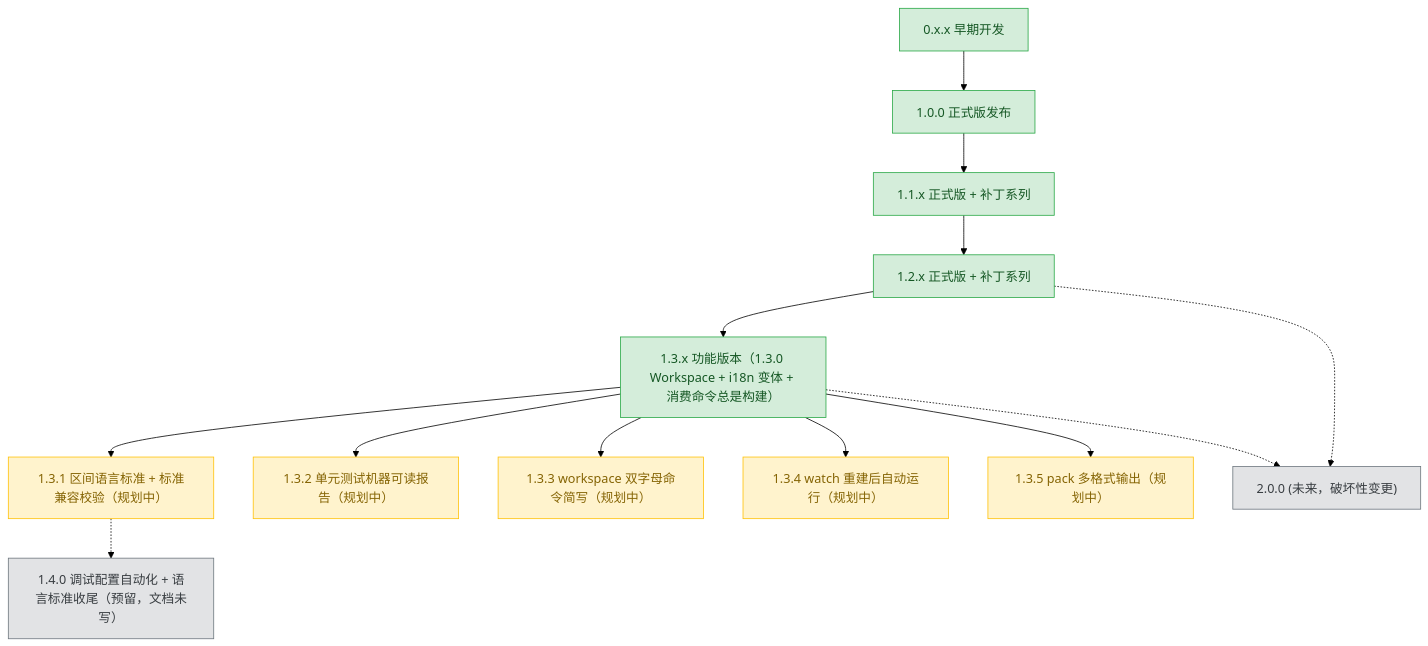
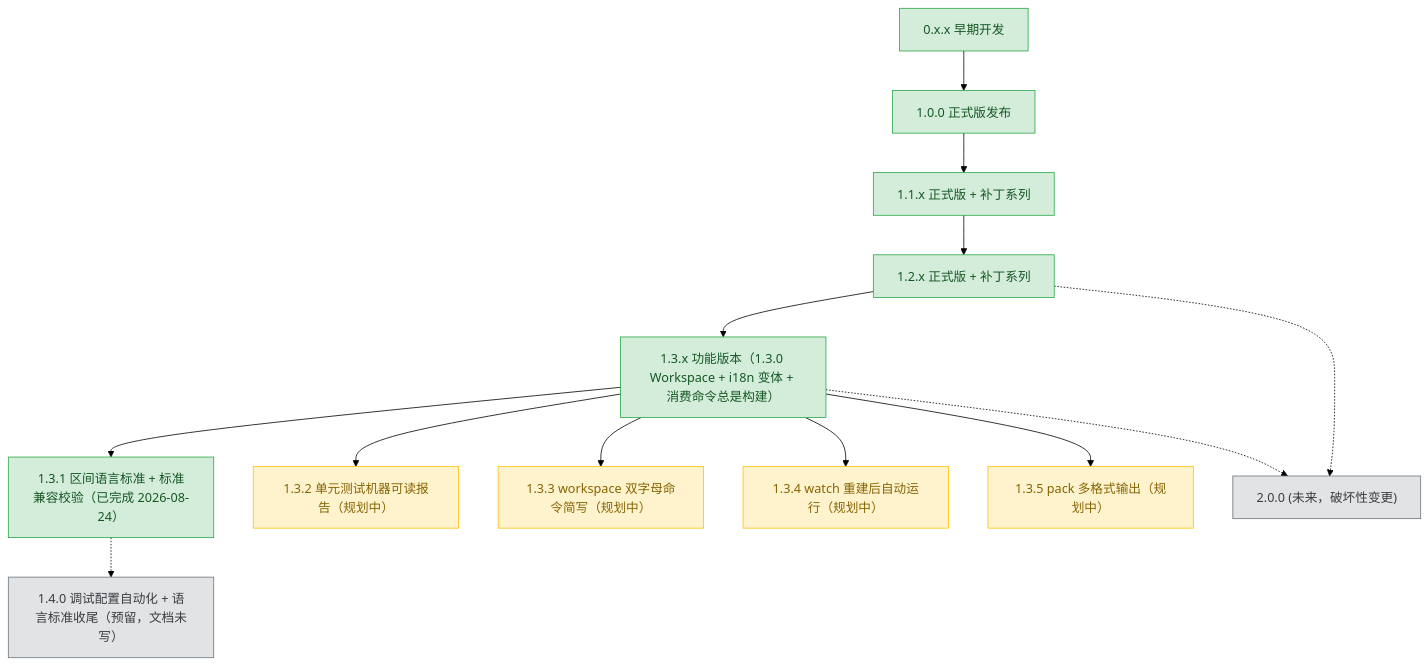
The diagram in plans/README.md (3667808244/EazyMake), drawn with Mermaid (forest theme) before and after one commit. The commit also changed other lines of this file and 2 other files, not shown here.

````diff
--- a/plans/README.md
+++ b/plans/README.md
@@ -66,44 +65,44 @@
 ```mermaid
 graph TD
     v0xx["0.x.x 早期开发"]
     v100["1.0.0 正式版发布"]
     v11x["1.1.x 正式版 + 补丁系列"]
     v12x["1.2.x 正式版 + 补丁系列"]
     v13x["1.3.x 功能版本（1.3.0 Workspace + i18n 变体 + 消费命令总是构建）"]
-    v131["1.3.1 区间语言标准 + 标准兼容校验（规划中）"]
+    v131["1.3.1 区间语言标准 + 标准兼容校验（已完成 2026-08-24）"]
     v132["1.3.2 单元测试机器可读报告（规划中）"]
     v133["1.3.3 workspace 双字母命令简写（规划中）"]
     v134["1.3.4 watch 重建后自动运行（规划中）"]
     v135["1.3.5 pack 多格式输出（规划中）"]
     v140["1.4.0 调试配置自动化 + 语言标准收尾（预留，文档未写）"]
     v200["2.0.0 (未来，破坏性变更)"]
 
     v0xx --> v100
     v100 --> v11x
     v11x --> v12x
     v12x --> v13x
     v13x --> v131
     v13x --> v132
     v13x --> v133
     v13x --> v134
     v13x --> v135
     v131 -.-> v140
     v12x -.-> v200
     v13x -.-> v200
 
     classDef done fill:#d4edda,stroke:#28a745,color:#155724;
     classDef active fill:#fff3cd,stroke:#ffc107,color:#856404;
     classDef todo fill:#e2e3e5,stroke:#6c757d,color:#383d41;
 
     class v0xx,v100 done;
     class v11x done;
     class v12x done;
     class v13x done;
-    class v131 active;
+    class v131 done;
     class v132 active;
     class v133 active;
     class v134 active;
     class v135 active;
     class v140 todo;
     class v200 todo;
 ```
````
